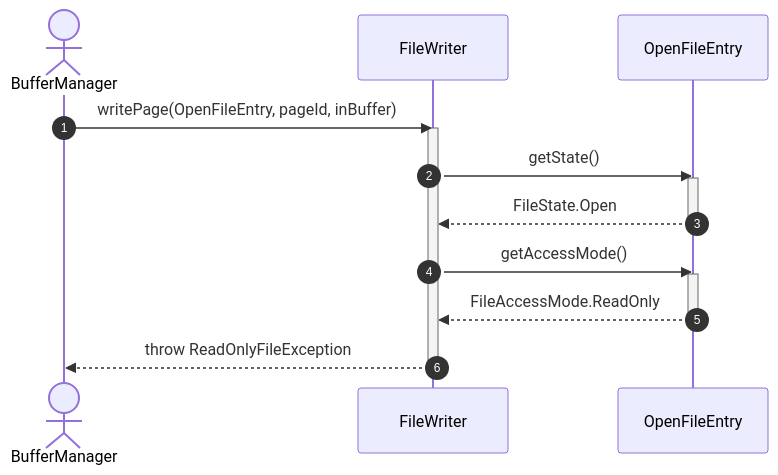
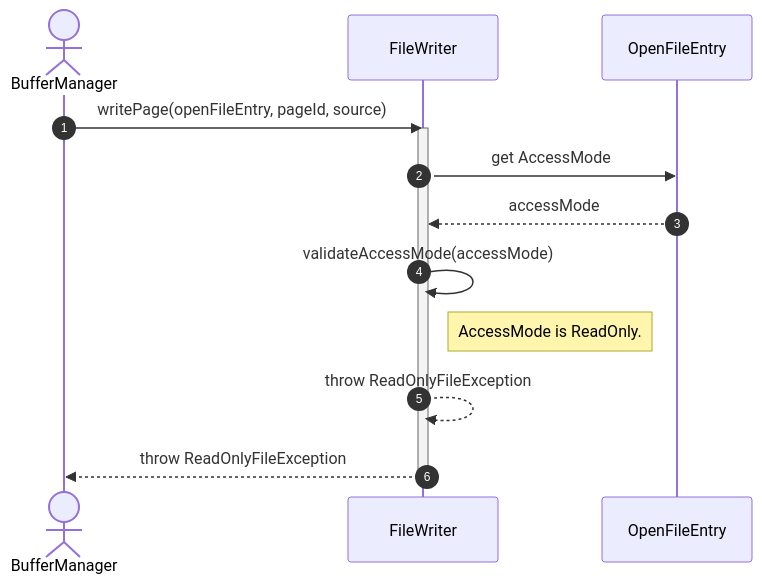
Before and after one commit to manaxpow/DBMS: the second of 5 diagrams in docs/diagrams/sequence-diagrams/storage-engine/file-management/file-io/write-file.md, drawn with Mermaid. The commit also changed other lines of this file and 41 other files, not shown here.

Commit message:
#3 upload class and sequencce diagram

````diff
--- a/docs/diagrams/sequence-diagrams/storage-engine/file-management/file-io/write-file.md
+++ b/docs/diagrams/sequence-diagrams/storage-engine/file-management/file-io/write-file.md
@@ -51,23 +58,20 @@
 ```mermaid
 sequenceDiagram
     autonumber
     actor BM as BufferManager
     participant FW as FileWriter
     participant OE as OpenFileEntry
 
-    BM->>FW: writePage(OpenFileEntry, pageId, inBuffer)
+    BM->>FW: writePage(openFileEntry, pageId, source)
     activate FW
     
-    FW->>OE: getState()
-    activate OE
-    OE-->>FW: FileState.Open
-    deactivate OE
+    FW->>OE: get AccessMode
+    OE-->>FW: accessMode
     
-    FW->>OE: getAccessMode()
-    activate OE
-    OE-->>FW: FileAccessMode.ReadOnly
-    deactivate OE
+    FW->>FW: validateAccessMode(accessMode)
+    note right of FW: AccessMode is ReadOnly.
+    FW-->>FW: throw ReadOnlyFileException
     
     FW-->>BM: throw ReadOnlyFileException
     deactivate FW
 ```
````
